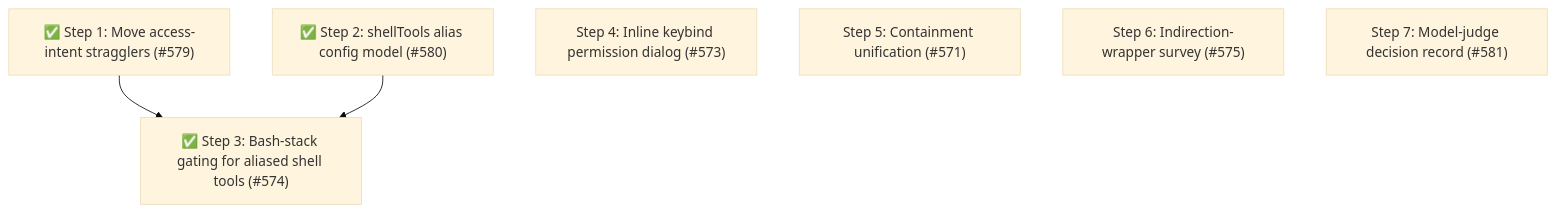
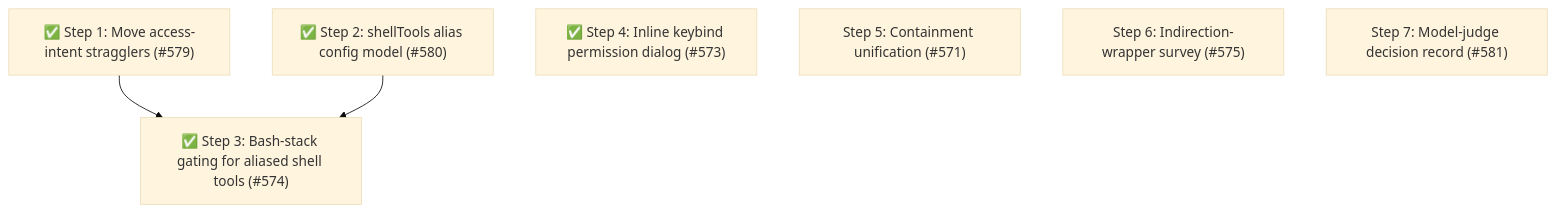
One commit to whaoa/forked-gotgenes-pi-packages changed the fourth of 4 diagrams in packages/pi-permission-system/docs/architecture/architecture.md. Above: the diagram before and after it, drawn with Mermaid (base theme). The commit also changed other lines of this file, not shown here.

First line of the commit message:
docs(pi-permission-system): mark Phase 11 Step 4 complete

````diff
--- a/packages/pi-permission-system/docs/architecture/architecture.md
+++ b/packages/pi-permission-system/docs/architecture/architecture.md
@@ -986,12 +990,12 @@
 ```mermaid
 flowchart TD
     S1["✅ Step 1: Move access-intent stragglers (#579)"]
     S2["✅ Step 2: shellTools alias config model (#580)"]
     S3["✅ Step 3: Bash-stack gating for aliased shell tools (#574)"]
-    S4["Step 4: Inline keybind permission dialog (#573)"]
+    S4["✅ Step 4: Inline keybind permission dialog (#573)"]
     S5["Step 5: Containment unification (#571)"]
     S6["Step 6: Indirection-wrapper survey (#575)"]
     S7["Step 7: Model-judge decision record (#581)"]
     S1 --> S3
     S2 --> S3
 ```
````
